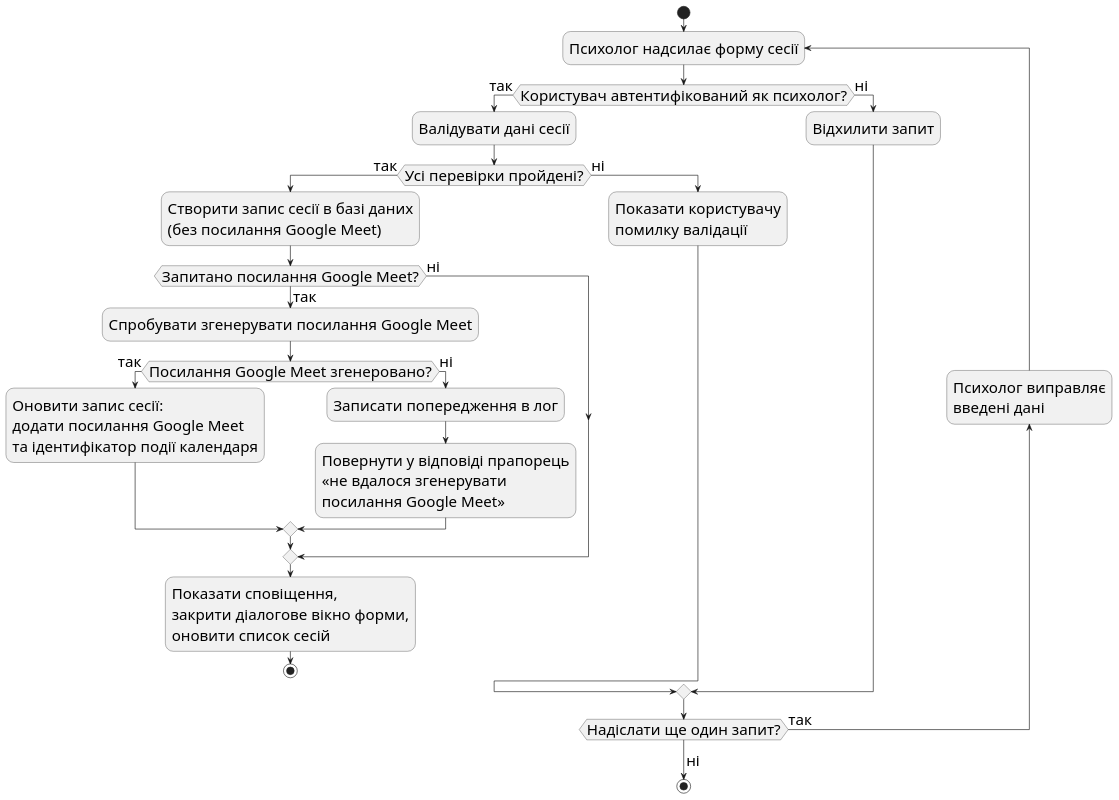
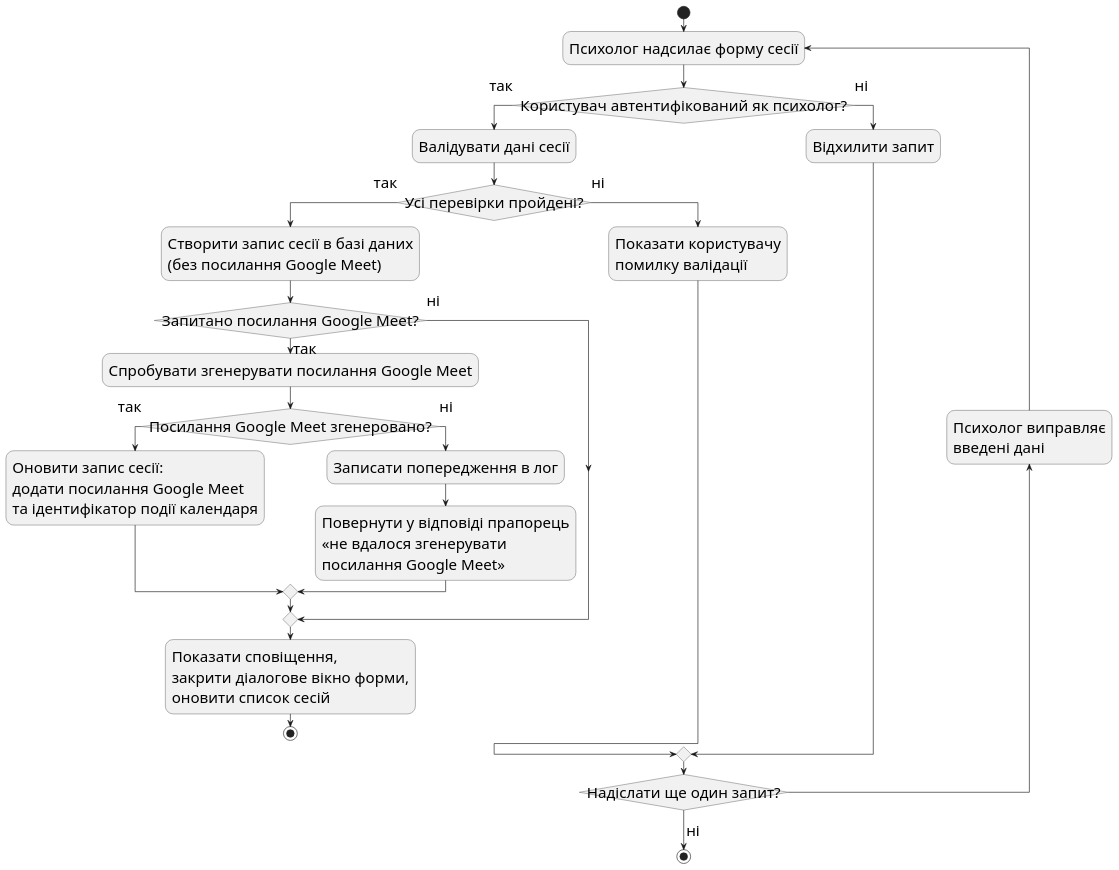
Before and after one commit to ArtemSmotritel/psycho: the diagram in docs/diagrams/create-session-activity.uk.puml, drawn with PlantUML. The commit also changed 49 other files, not shown here.

```diff
--- a/docs/diagrams/create-session-activity.uk.puml
+++ b/docs/diagrams/create-session-activity.uk.puml
@@ -1,48 +1,49 @@
 @startuml
 skinparam linetype ortho
 start
 
 skinparam defaultFontSize 24
+skinparam conditionStyle InsideDiamond
 
 repeat :Психолог надсилає форму сесії;
 
 if (Користувач автентифікований як психолог?) then (так)
   :Валідувати дані сесії;
   if (Усі перевірки пройдені?) then (так)
     :Створити запис сесії в базі даних
     (без посилання Google Meet);
 
     if (Запитано посилання Google Meet?) then (так)
       :Спробувати згенерувати посилання Google Meet;
       if (Посилання Google Meet згенеровано?) then (так)
         :Оновити запис сесії:
         додати посилання Google Meet
         та ідентифікатор події календаря;
       else (ні)
         :Записати попередження в лог;
         :Повернути у відповіді прапорець
         «не вдалося згенерувати
         посилання Google Meet»;
       endif
     else (ні)
     endif
 
     :Показати сповіщення,
     закрити діалогове вікно форми,
     оновити список сесій;
     stop
   else (ні)
     :Показати користувачу
     помилку валідації;
   endif
 else (ні)
   :Відхилити запит;
 endif
 
 backward :Психолог виправляє
 введені дані;
 repeat while (Надіслати ще один запит?) is (так)
 -> ні;
 stop
 
 @enduml
```
